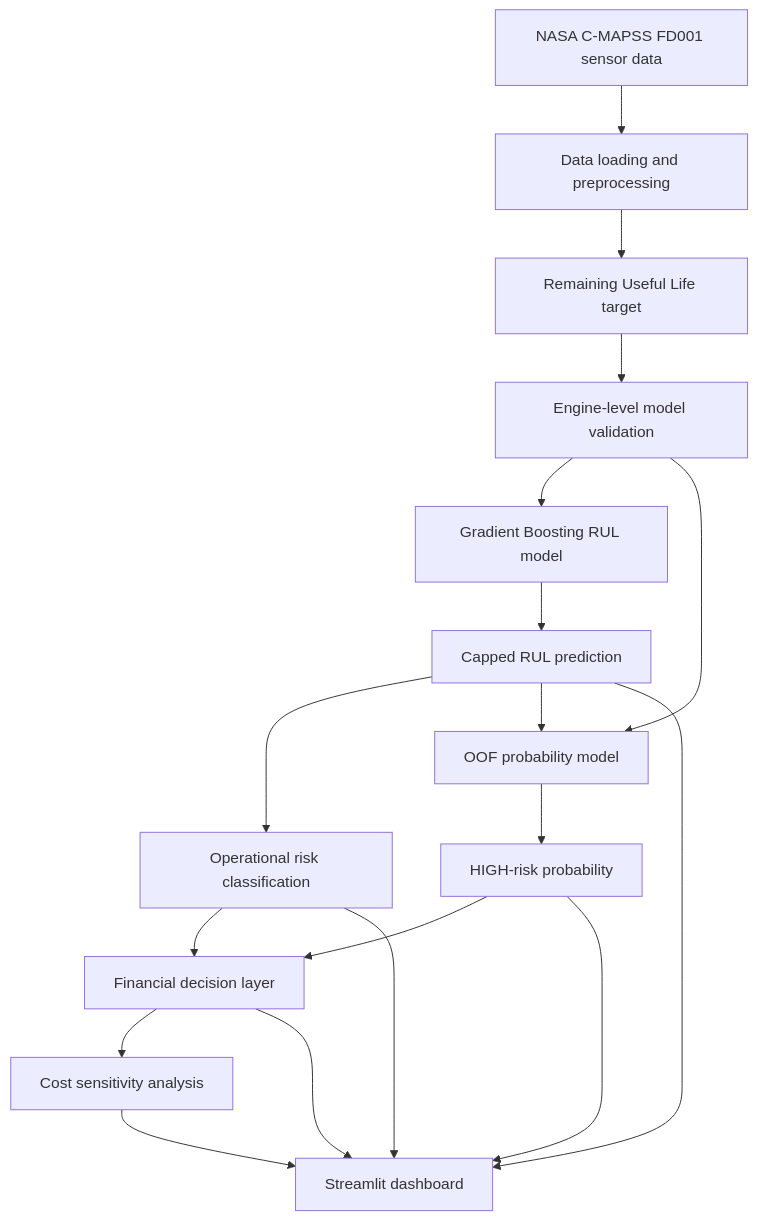
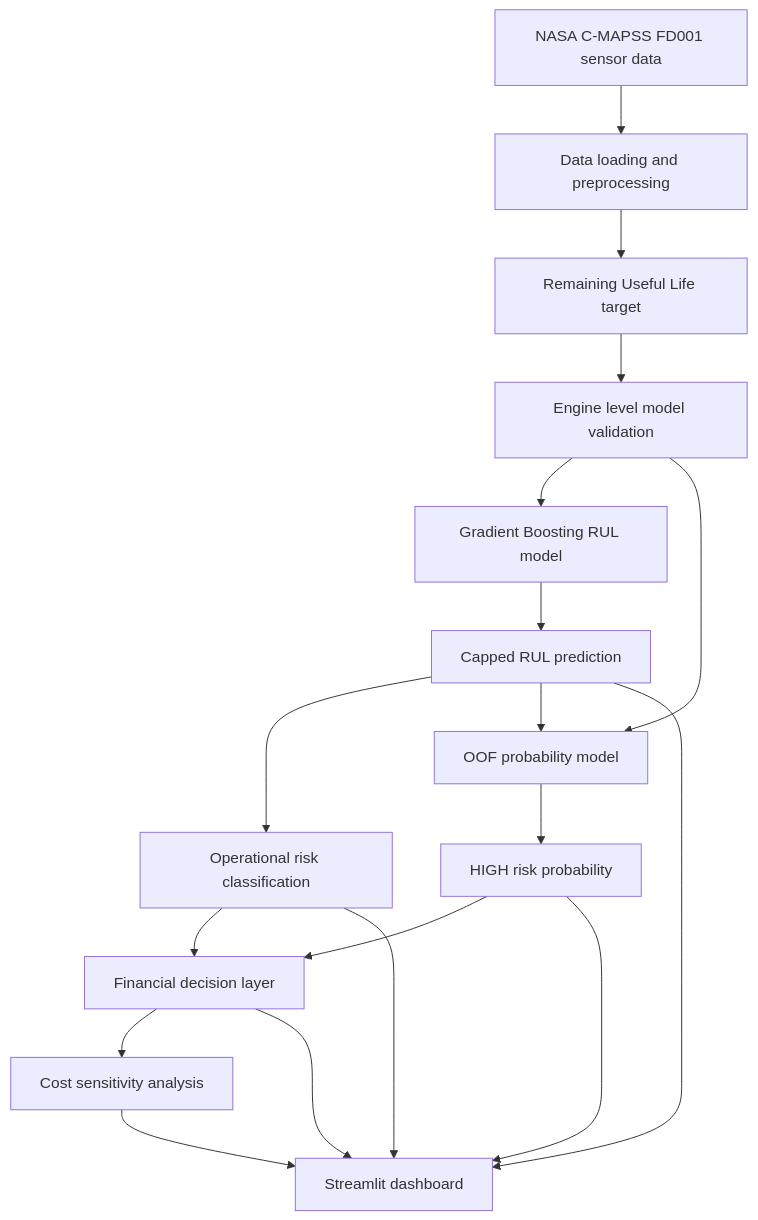
Before and after one commit to Nyckyk/predictive-maintenance-risk-platform: the diagram in README.md, drawn with Mermaid. The commit also changed other lines of this file, not shown here.

````diff
--- a/README.md
+++ b/README.md
@@ -74,33 +74,33 @@
 ```mermaid
 flowchart TD
     A[NASA C-MAPSS FD001 sensor data]
     B[Data loading and preprocessing]
     C[Remaining Useful Life target]
-    D[Engine-level model validation]
+    D[Engine level model validation]
     E[Gradient Boosting RUL model]
     F[Capped RUL prediction]
     G[Operational risk classification]
     H[OOF probability model]
-    I[HIGH-risk probability]
+    I[HIGH risk probability]
     J[Financial decision layer]
     K[Cost sensitivity analysis]
     L[Streamlit dashboard]
 
     A --> B
     B --> C
     C --> D
     D --> E
     E --> F
     F --> G
     D --> H
     F --> H
     H --> I
     I --> J
     G --> J
     J --> K
     F --> L
     G --> L
     I --> L
     J --> L
     K --> L
 ```
````
